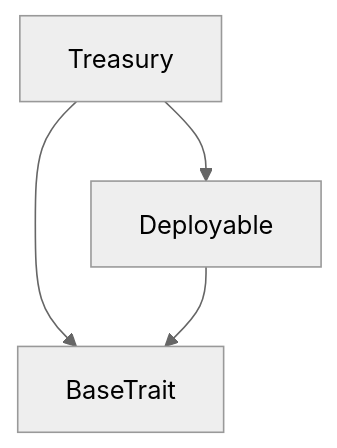
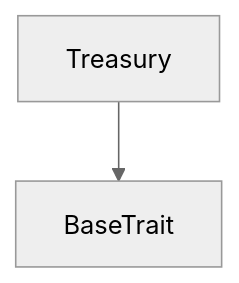
Before and after one commit to small-tortoise-dev/FaeArcade-smartcontracts: the first of 2 diagrams in contracts/Treasury.tact_Treasury.md, drawn with Mermaid (neutral theme). The commit also changed other lines of this file and 4 other files, not shown here.

````diff
--- a/contracts/Treasury.tact_Treasury.md
+++ b/contracts/Treasury.tact_Treasury.md
@@ -136,7 +168,5 @@
 ```mermaid
 graph TD
 Treasury
 Treasury --> BaseTrait
-Treasury --> Deployable
-Deployable --> BaseTrait
 ```
````
